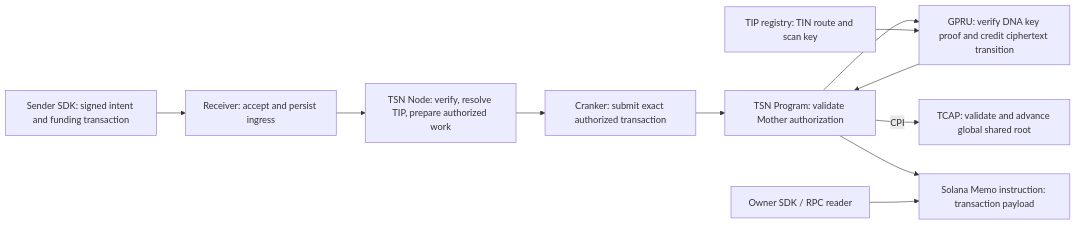
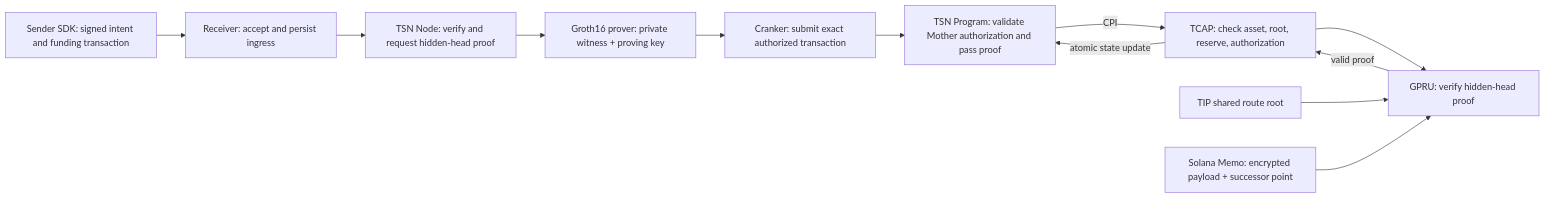
The diagram in tsn-protocol/tsn-docs/overview/architecture.mdx (bigdreamsweb3/trustlink-pay), drawn with Mermaid before and after one commit. The commit also changed other lines of this file and 51 other files, not shown here.

````diff
--- a/tsn-protocol/tsn-docs/overview/architecture.mdx
+++ b/tsn-protocol/tsn-docs/overview/architecture.mdx
@@ -11,13 +11,14 @@
 ```mermaid
 flowchart LR
     S[Sender SDK: signed intent and funding transaction] --> R[Receiver: accept and persist ingress]
-    R --> N[TSN Node: verify, resolve TIP, prepare authorized work]
-    N --> C[Cranker: submit exact authorized transaction]
-    C --> T[TSN Program: validate Mother authorization]
-    T --> G[GPRU: verify DNA key proof and credit ciphertext transition]
-    TIP[TIP registry: TIN route and scan key] --> G
-    G --> T
-    T -->|CPI| TCAP[TCAP: validate and advance global shared root]
-    T --> M[Solana Memo instruction: transaction payload]
-    O[Owner SDK / RPC reader] --> M
+    R --> N[TSN Node: verify and request hidden-head proof]
+    N --> P[Groth16 prover: private witness + proving key]
+    P --> C[Cranker: submit exact authorized transaction]
+    C --> T[TSN Program: validate Mother authorization and pass proof]
+    T -->|CPI| TCAP[TCAP: check asset, root, reserve, authorization]
+    TCAP --> G[GPRU: verify hidden-head proof]
+    TIP[TIP shared route root] --> G
+    M[Solana Memo: encrypted payload + successor point] --> G
+    G -->|valid proof| TCAP
+    TCAP -->|atomic state update| T
 ```
````
